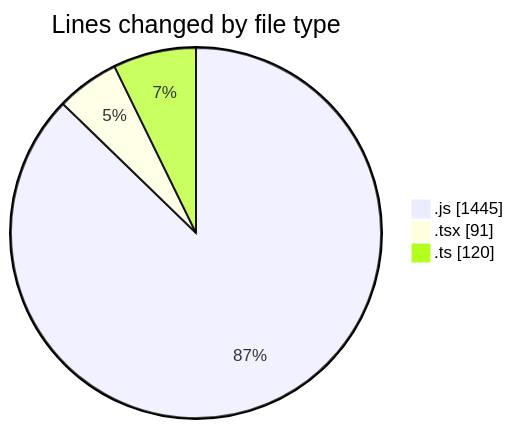
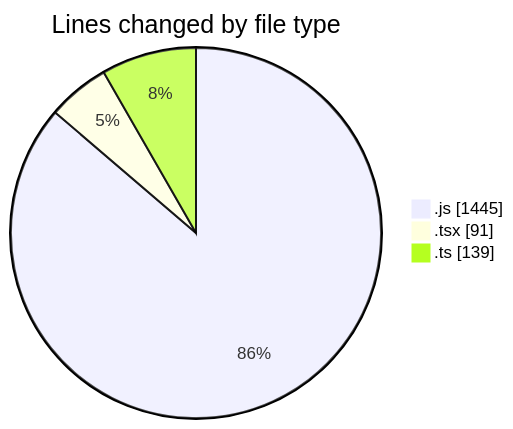
Before and after one commit to momahboobian/code-tracking: the first of 2 diagrams in 2025-03-13/cda/README.md, drawn with Mermaid. The commit also changed other lines of this file and 1 other file, not shown here.

````diff
--- a/2025-03-13/cda/README.md
+++ b/2025-03-13/cda/README.md
@@ -27,7 +28,7 @@
 ```mermaid
 pie showData
 title Lines changed by file type
 ".js" : 1445
 ".tsx" : 91
-".ts" : 120
+".ts" : 139
 ```
````
